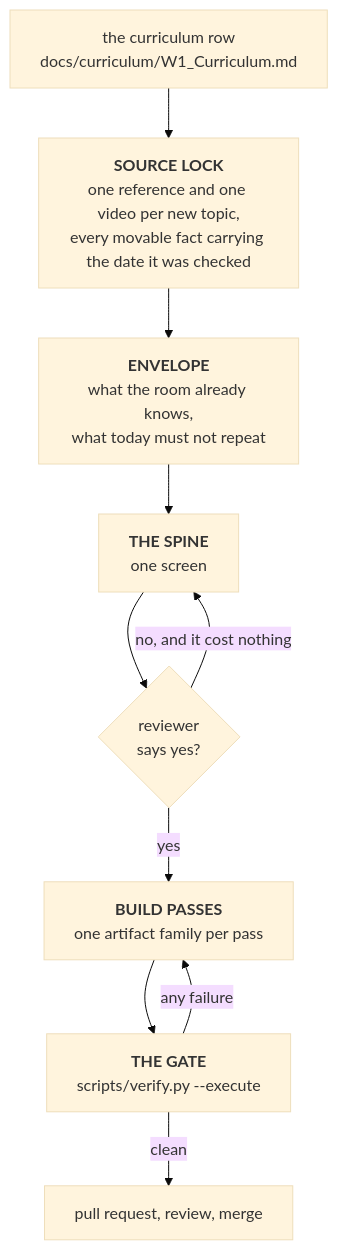
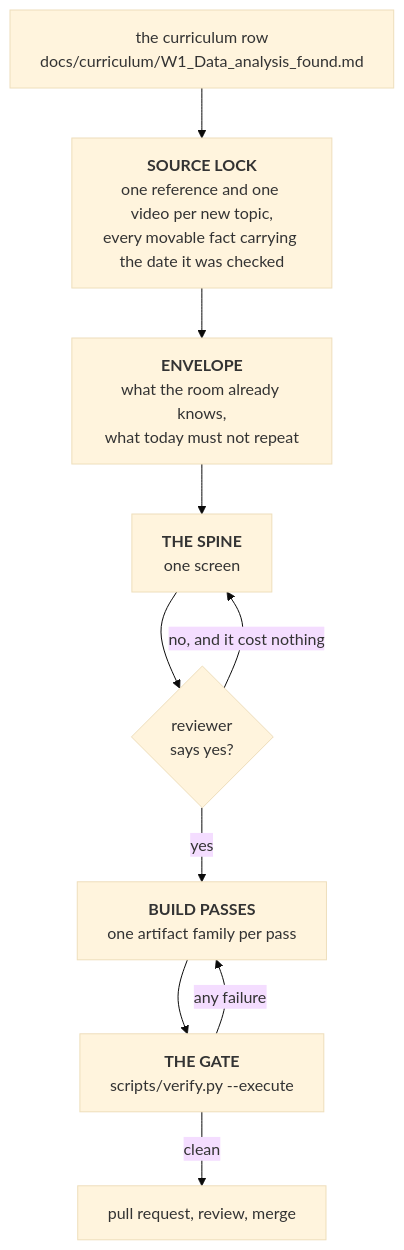
One commit to fde-academy-lab/c2-content-factory changed the third of 5 diagrams in README.md. Above: the diagram before and after it, drawn with Mermaid (base theme). The commit also changed other lines of this file and 29 other files, not shown here.

````diff
--- a/README.md
+++ b/README.md
@@ -128,12 +128,12 @@
 ```mermaid
 flowchart TB
-    R["the curriculum row<br/>docs/curriculum/W1_Curriculum.md"] --> L["<b>SOURCE LOCK</b><br/>one reference and one video per new topic,<br/>every movable fact carrying the date it was checked"]
+    R["the curriculum row<br/>docs/curriculum/W1_Data_analysis_found.md"] --> L["<b>SOURCE LOCK</b><br/>one reference and one video per new topic,<br/>every movable fact carrying the date it was checked"]
     L --> E["<b>ENVELOPE</b><br/>what the room already knows,<br/>what today must not repeat"]
     E --> SP["<b>THE SPINE</b><br/>one screen"]
     SP --> STOP{"reviewer<br/>says yes?"}
     STOP -->|"no, and it cost nothing"| SP
     STOP -->|"yes"| B["<b>BUILD PASSES</b><br/>one artifact family per pass"]
     B --> V["<b>THE GATE</b><br/>scripts/verify.py --execute"]
     V -->|"any failure"| B
     V -->|"clean"| PR["pull request, review, merge"]
 ```
````
